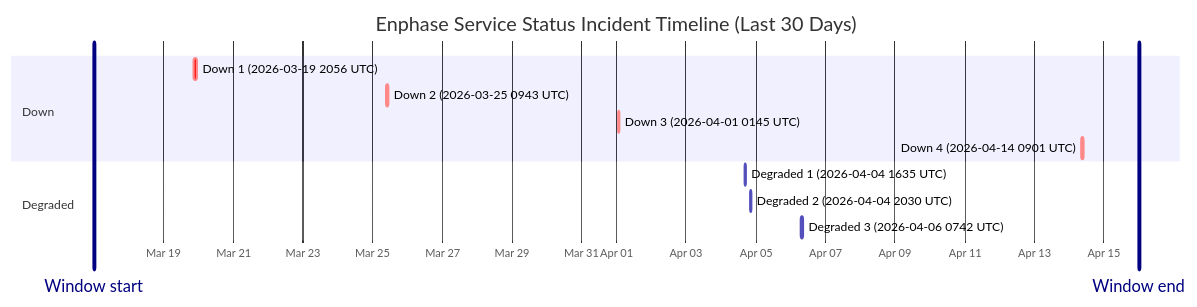
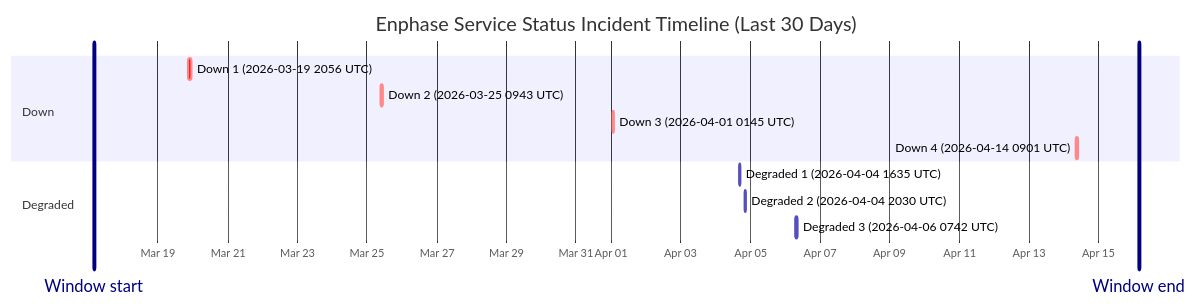
The diagram in wiki/Service-Status-History.md (barneyonline/ha-enphase-ev-charger), drawn with Mermaid before and after one commit. The commit also changed other lines of this file and 3 other files, not shown here.

````diff
--- a/wiki/Service-Status-History.md
+++ b/wiki/Service-Status-History.md
@@ -14,17 +14,17 @@
 ```mermaid
 gantt
     title Enphase Service Status Incident Timeline (Last 30 Days)
     dateFormat  YYYY-MM-DDTHH:mm:ss
     axisFormat  %b %d
-    Window start :vert, window-start, 2026-03-17T00:06:02, 0ms
-    Window end :vert, window-end, 2026-04-16T00:06:02, 0ms
+    Window start :vert, window-start, 2026-03-17T03:53:25, 0ms
+    Window end :vert, window-end, 2026-04-16T03:53:25, 0ms
     section Down
     Down 1 (2026-03-19 2056 UTC) :crit, down-1, 2026-03-19T20:56:20, 145m
     Down 2 (2026-03-25 0943 UTC) :crit, down-2, 2026-03-25T09:43:28, 111m
     Down 3 (2026-04-01 0145 UTC) :crit, down-3, 2026-04-01T01:45:09, 60m
     Down 4 (2026-04-14 0901 UTC) :crit, down-4, 2026-04-14T09:01:13, 60m
     section Degraded
     Degraded 1 (2026-04-04 1635 UTC) :active, degraded-1, 2026-04-04T16:35:17, 60m
     Degraded 2 (2026-04-04 2030 UTC) :active, degraded-2, 2026-04-04T20:30:40, 60m
     Degraded 3 (2026-04-06 0742 UTC) :active, degraded-3, 2026-04-06T07:42:09, 85m
 ```
````
